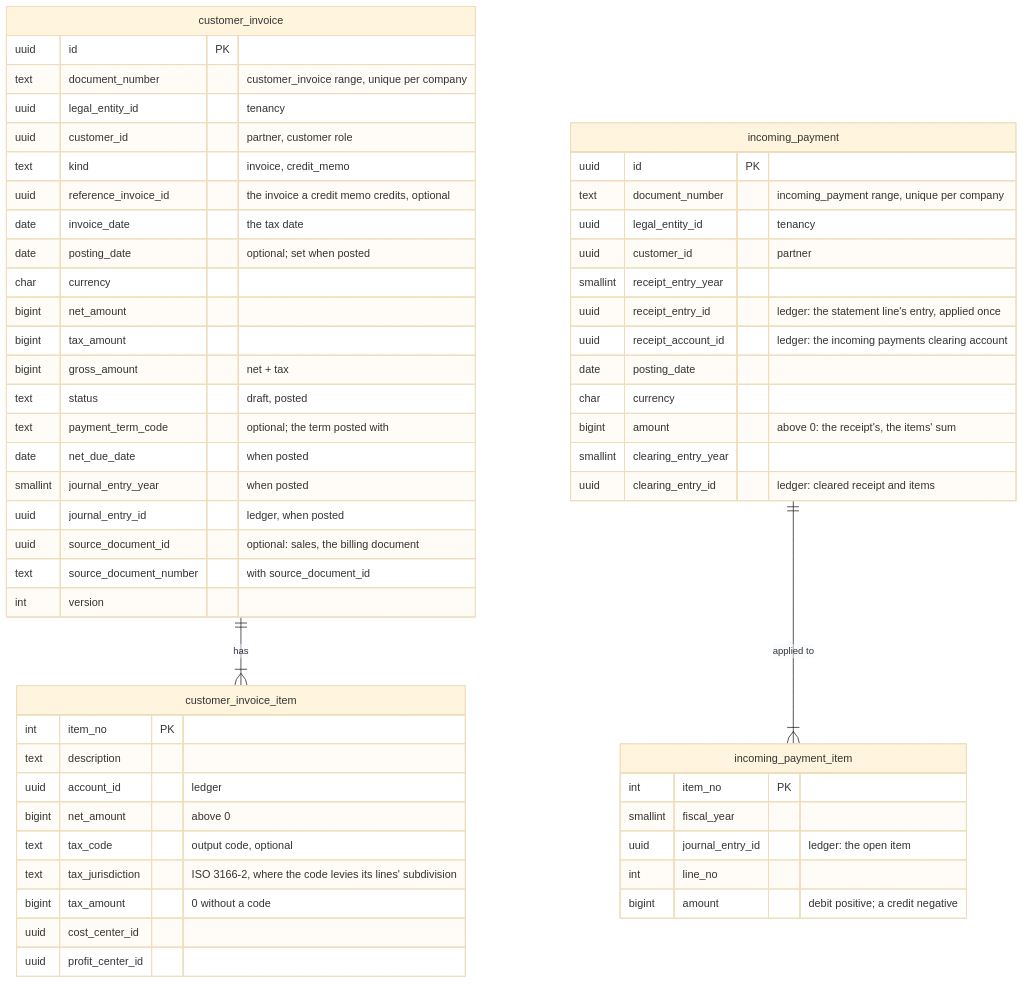
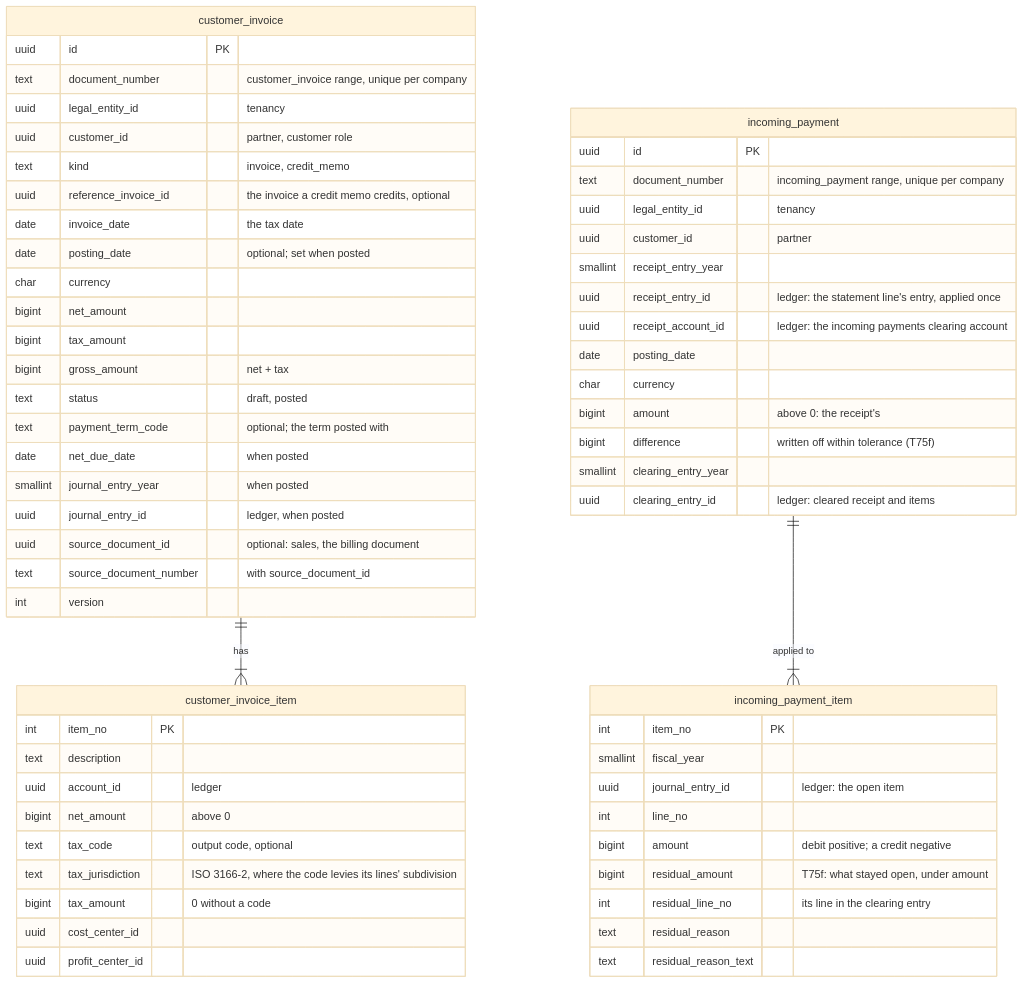
Diagram 14 of 20 in docs/design/03-data-model.md (mustie7iy/agentic-erp), drawn with Mermaid (base theme) before and after one commit. The commit also changed other lines of this file and 43 other files, not shown here.

Commit message:
T75f: partial payments: residual items linked to the invoice with a reason, payment differences within the company's tolerance written off

````diff
--- a/docs/design/03-data-model.md
+++ b/docs/design/03-data-model.md
@@ -4474,51 +4474,56 @@
 ```mermaid
 erDiagram
   customer_invoice ||--|{ customer_invoice_item : "has"
   customer_invoice { uuid id PK
     text document_number "customer_invoice range, unique per company"
     uuid legal_entity_id "tenancy"
     uuid customer_id "partner, customer role"
     text kind "invoice, credit_memo"
     uuid reference_invoice_id "the invoice a credit memo credits, optional"
     date invoice_date "the tax date"
     date posting_date "optional; set when posted"
     char currency
     bigint net_amount
     bigint tax_amount
     bigint gross_amount "net + tax"
     text status "draft, posted"
     text payment_term_code "optional; the term posted with"
     date net_due_date "when posted"
     smallint journal_entry_year "when posted"
     uuid journal_entry_id "ledger, when posted"
     uuid source_document_id "optional: sales, the billing document"
     text source_document_number "with source_document_id"
     int version }
   customer_invoice_item { int item_no PK
     text description
     uuid account_id "ledger"
     bigint net_amount "above 0"
     text tax_code "output code, optional"
     text tax_jurisdiction "ISO 3166-2, where the code levies its lines' subdivision"
     bigint tax_amount "0 without a code"
     uuid cost_center_id
     uuid profit_center_id }
   incoming_payment ||--|{ incoming_payment_item : "applied to"
   incoming_payment { uuid id PK
     text document_number "incoming_payment range, unique per company"
     uuid legal_entity_id "tenancy"
     uuid customer_id "partner"
     smallint receipt_entry_year
     uuid receipt_entry_id "ledger: the statement line's entry, applied once"
     uuid receipt_account_id "ledger: the incoming payments clearing account"
     date posting_date
     char currency
-    bigint amount "above 0: the receipt's, the items' sum"
+    bigint amount "above 0: the receipt's"
+    bigint difference "written off within tolerance (T75f)"
     smallint clearing_entry_year
     uuid clearing_entry_id "ledger: cleared receipt and items" }
   incoming_payment_item { int item_no PK
     smallint fiscal_year
     uuid journal_entry_id "ledger: the open item"
     int line_no
-    bigint amount "debit positive; a credit negative" }
+    bigint amount "debit positive; a credit negative"
+    bigint residual_amount "T75f: what stayed open, under amount"
+    int residual_line_no "its line in the clearing entry"
+    text residual_reason
+    text residual_reason_text }
 ```
````
